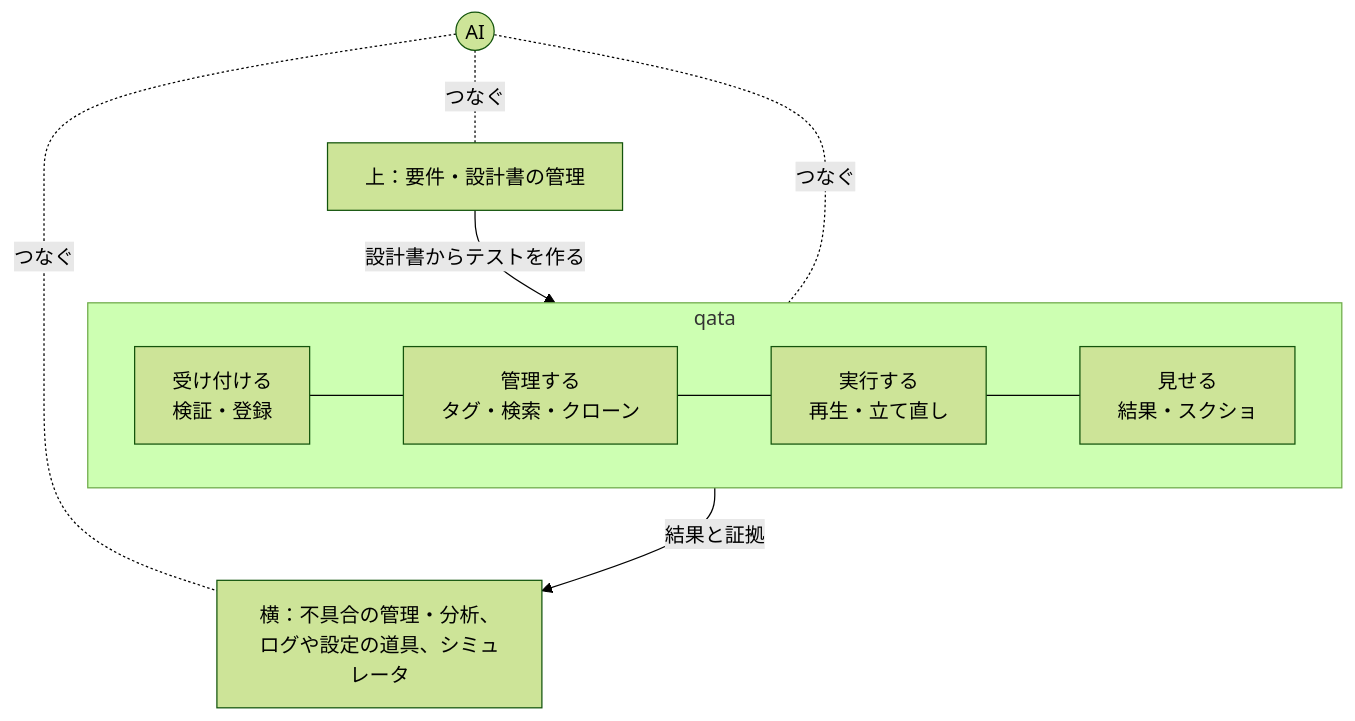
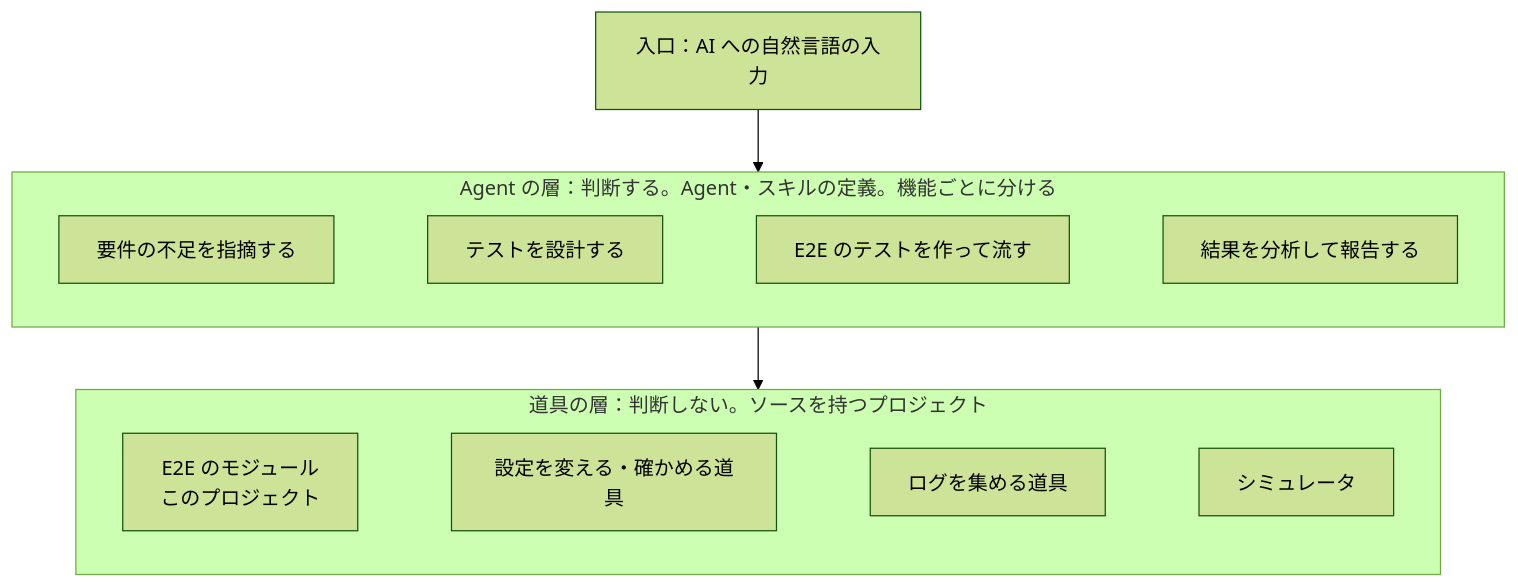
The diagram in docs/vision.md (masakazu2025/qata), drawn with Mermaid (forest theme) before and after one commit. The commit also changed other lines of this file and 4 other files, not shown here.

````diff
--- a/docs/vision.md
+++ b/docs/vision.md
@@ -32,9 +23,11 @@
 ```mermaid
 flowchart TD
-  U[上：要件・設計書の管理] -->|設計書からテストを作る| Q
-  subgraph Q[qata]
-    q1[受け付ける<br>検証・登録] --- q2[管理する<br>タグ・検索・クローン] --- q3[実行する<br>再生・立て直し] --- q4[見せる<br>結果・スクショ]
+  IN[入口：AI への自然言語の入力] --> AG
+  subgraph AG[Agent の層：判断する。Agent・スキルの定義。機能ごとに分ける]
+    a1[要件の不足を指摘する] ~~~ a2[テストを設計する] ~~~ a3[E2E のテストを作って流す] ~~~ a4[結果を分析して報告する]
   end
-  Q -->|結果と証拠| S[横：不具合の管理・分析、ログや設定の道具、シミュレータ]
-  AI((AI)) -.つなぐ.- U & Q & S
+  AG --> TL
+  subgraph TL[道具の層：判断しない。ソースを持つプロジェクト]
+    t1[E2E のモジュール<br>このプロジェクト] ~~~ t2[設定を変える・確かめる道具] ~~~ t3[ログを集める道具] ~~~ t4[シミュレータ]
+  end
 ```
````
